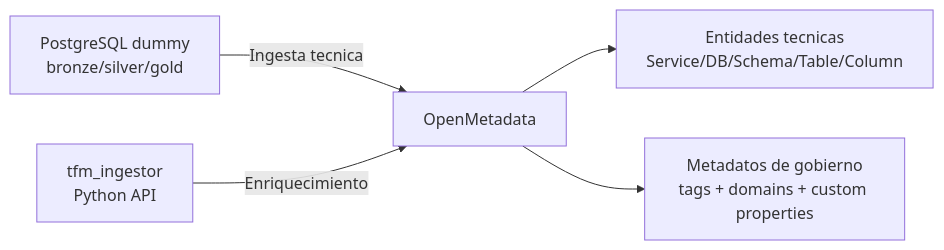
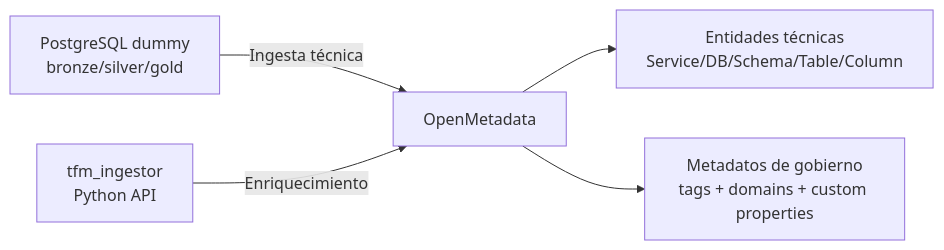
One commit to AlonsoMarcosM/TFM_Alonso_Marcos_Mu-oz changed the first of 4 diagrams in docs/diagramas_mermaid.md. Above: the diagram before and after it, drawn with Mermaid. The commit also changed 30 other files, not shown here.

First line of the commit message:
feat: persist OpenMetadata state, harden ingestor API compatibility, and normalize docs

````diff
--- a/docs/diagramas_mermaid.md
+++ b/docs/diagramas_mermaid.md
@@ -10,7 +10,7 @@
 ```mermaid
 flowchart LR
-  A[PostgreSQL dummy<br/>bronze/silver/gold] -->|Ingesta tecnica| B[OpenMetadata]
-  B --> C[Entidades tecnicas<br/>Service/DB/Schema/Table/Column]
+  A[PostgreSQL dummy<br/>bronze/silver/gold] -->|Ingesta técnica| B[OpenMetadata]
+  B --> C[Entidades técnicas<br/>Service/DB/Schema/Table/Column]
   D[tfm_ingestor<br/>Python API] -->|Enriquecimiento| B
   B --> E[Metadatos de gobierno<br/>tags + domains + custom properties]
 ```
````
